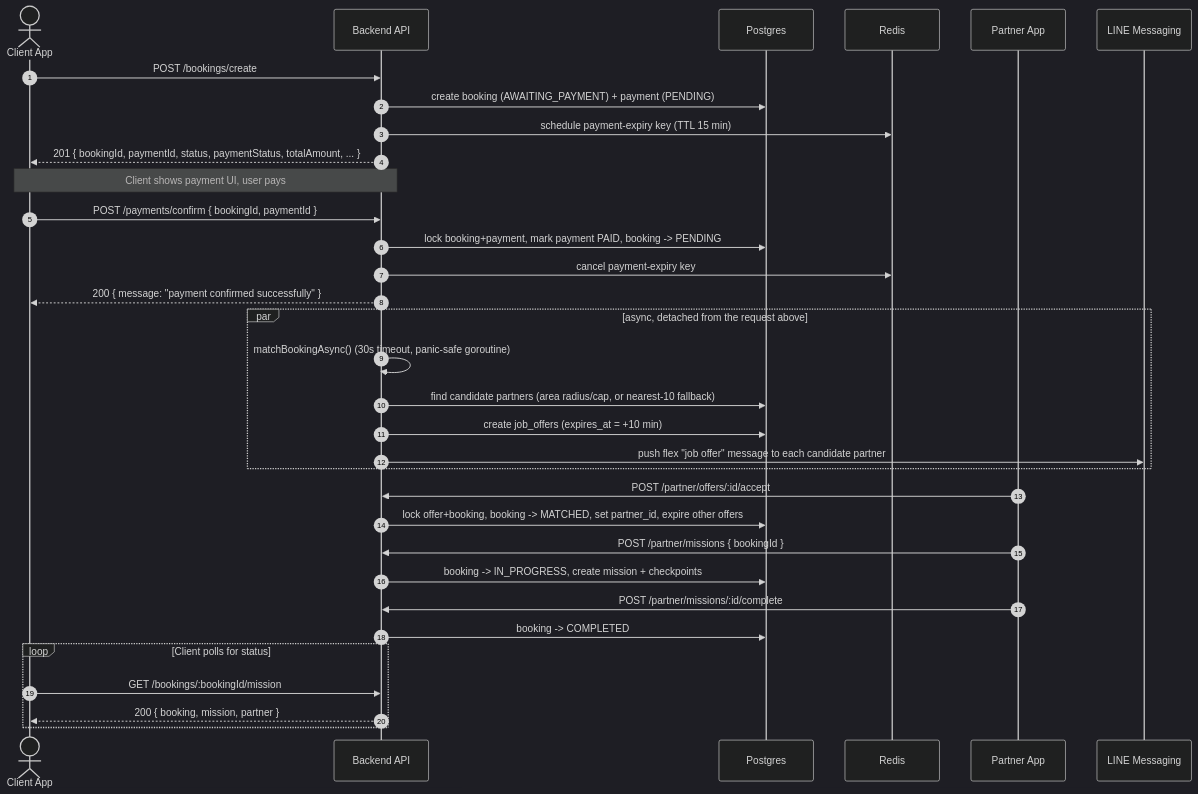
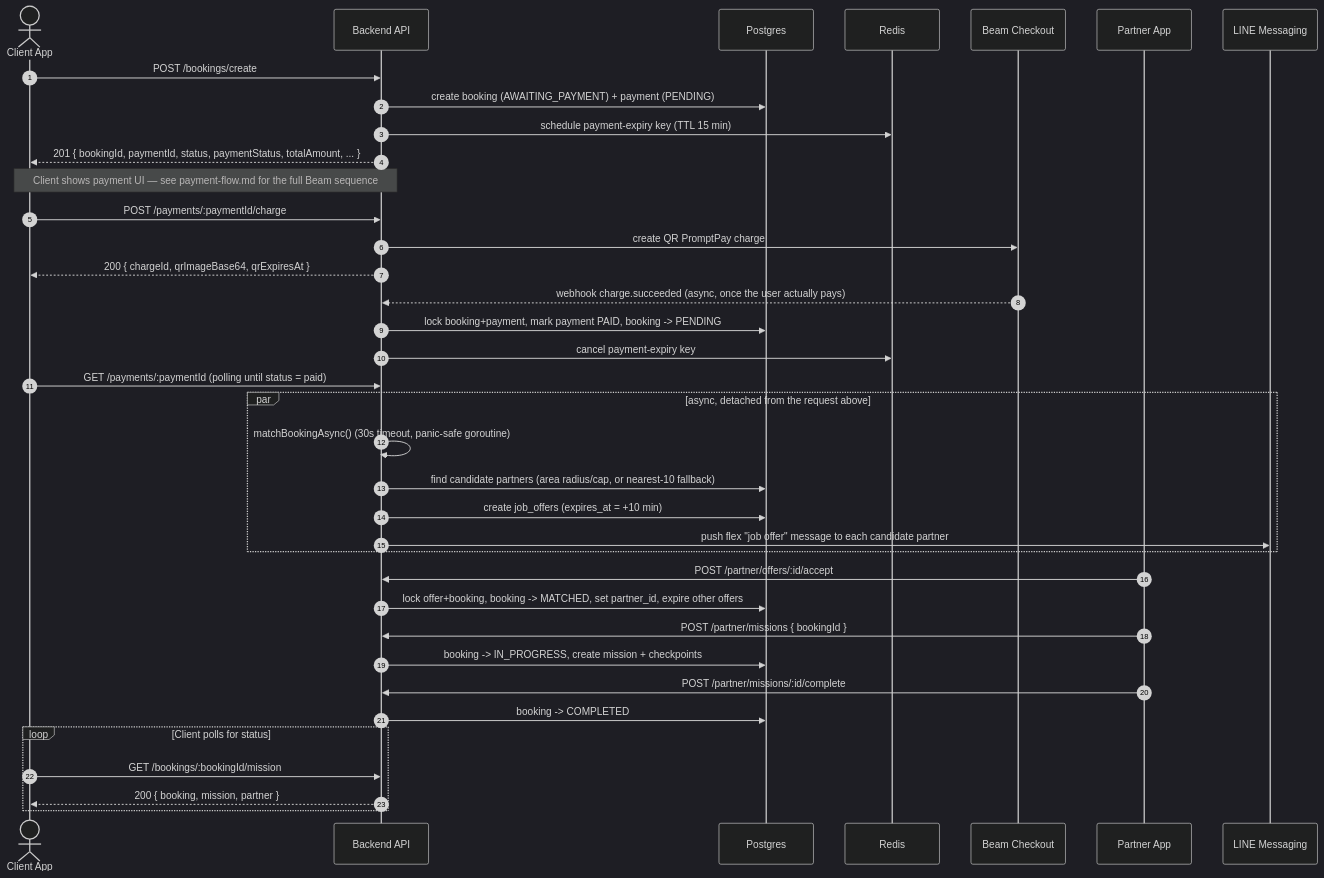
One commit to belliorgabxl/caremate-client changed the first of 2 diagrams in booking-flow.md. Above: the diagram before and after it, drawn with Mermaid (dark theme). The commit also changed other lines of this file and 10 other files, not shown here.

First line of the commit message:
feat(payment): integrate Beam Checkout for QR PromptPay payments

````diff
--- a/booking-flow.md
+++ b/booking-flow.md
@@ -13,41 +15,45 @@
 ```mermaid
 sequenceDiagram
     autonumber
     actor Client as Client App
     participant API as Backend API
     participant DB as Postgres
     participant Redis
+    participant Beam as Beam Checkout
     participant Partner as Partner App
     participant LINE as LINE Messaging
 
     Client->>API: POST /bookings/create
     API->>DB: create booking (AWAITING_PAYMENT) + payment (PENDING)
     API->>Redis: schedule payment-expiry key (TTL 15 min)
     API-->>Client: 201 { bookingId, paymentId, status, paymentStatus, totalAmount, ... }
 
-    Note over Client,API: Client shows payment UI, user pays
+    Note over Client,API: Client shows payment UI — see payment-flow.md for the full Beam sequence
 
-    Client->>API: POST /payments/confirm { bookingId, paymentId }
+    Client->>API: POST /payments/:paymentId/charge
+    API->>Beam: create QR PromptPay charge
+    API-->>Client: 200 { chargeId, qrImageBase64, qrExpiresAt }
+    Beam-->>API: webhook charge.succeeded (async, once the user actually pays)
     API->>DB: lock booking+payment, mark payment PAID, booking -> PENDING
     API->>Redis: cancel payment-expiry key
-    API-->>Client: 200 { message: "payment confirmed successfully" }
+    Client->>API: GET /payments/:paymentId (polling until status = paid)
 
     par async, detached from the request above
         API->>API: matchBookingAsync() (30s timeout, panic-safe goroutine)
         API->>DB: find candidate partners (area radius/cap, or nearest-10 fallback)
         API->>DB: create job_offers (expires_at = +10 min)
         API->>LINE: push flex "job offer" message to each candidate partner
     end
 
     Partner->>API: POST /partner/offers/:id/accept
     API->>DB: lock offer+booking, booking -> MATCHED, set partner_id, expire other offers
     Partner->>API: POST /partner/missions { bookingId }
     API->>DB: booking -> IN_PROGRESS, create mission + checkpoints
     Partner->>API: POST /partner/missions/:id/complete
     API->>DB: booking -> COMPLETED
 
     loop Client polls for status
         Client->>API: GET /bookings/:bookingId/mission
         API-->>Client: 200 { booking, mission, partner }
     end
 ```
````
